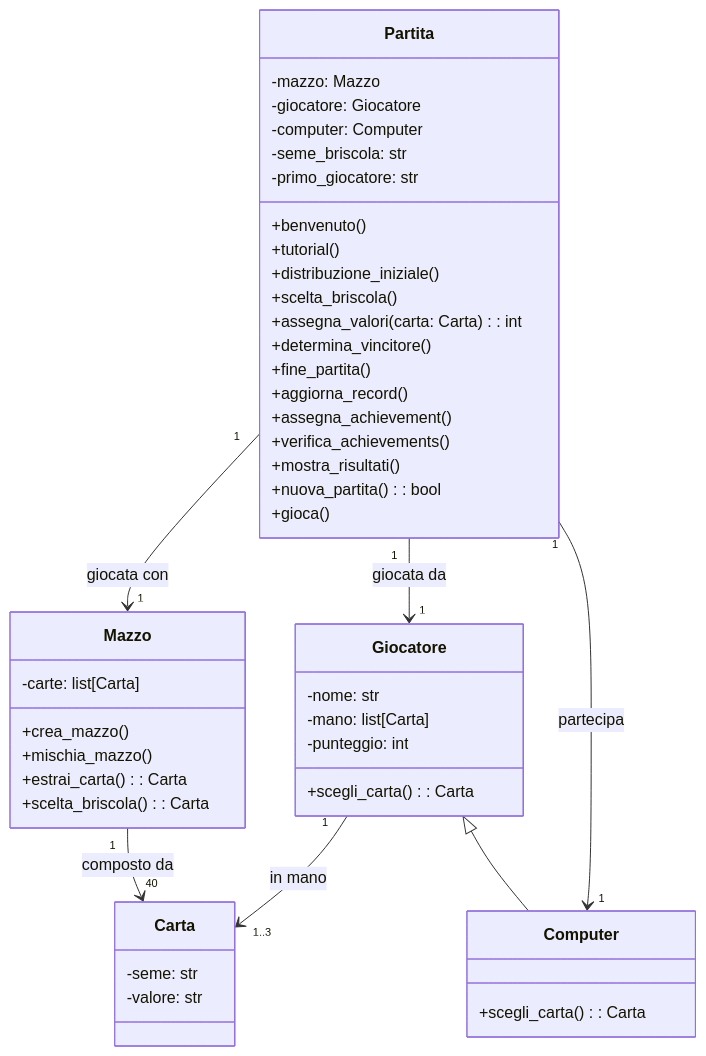
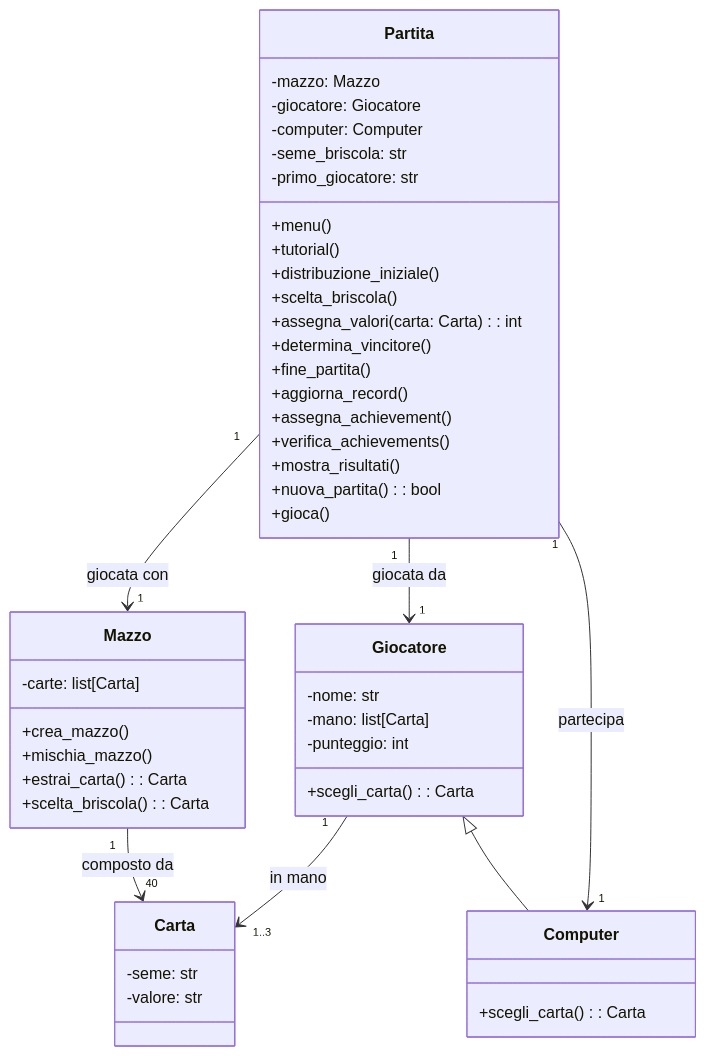
Before and after one commit to LucaBernardinii/progetto_di_natale: the diagram in uml.md, drawn with Mermaid. The commit also changed 1 other file, not shown here.

Commit message:
added a menu and fixed bugs

````diff
--- a/uml.md
+++ b/uml.md
@@ -1,54 +1,54 @@
 ```mermaid
 classDiagram
     class Carta {
         -seme: str
         -valore: str
     }
 
     class Mazzo {
         -carte: list[Carta]
         +crea_mazzo()
         +mischia_mazzo()
         +estrai_carta(): Carta
         +scelta_briscola(): Carta
     }
 
     class Giocatore {
         -nome: str
         -mano: list[Carta]
         -punteggio: int
         +scegli_carta(): Carta
     }
 
     class Computer {
         +scegli_carta(): Carta
     }
 
     class Partita {
         -mazzo: Mazzo
         -giocatore: Giocatore
         -computer: Computer
         -seme_briscola: str
         -primo_giocatore: str
-        +benvenuto()
+        +menu()
         +tutorial()
         +distribuzione_iniziale()
         +scelta_briscola()
         +assegna_valori(carta: Carta): int
         +determina_vincitore()
         +fine_partita()
         +aggiorna_record()
         +assegna_achievement()
         +verifica_achievements()
         +mostra_risultati()
         +nuova_partita(): bool
         +gioca()
     }
 
     Giocatore <|-- Computer
     Partita "1"--> "1" Mazzo: giocata con
     Partita "1"--> "1" Giocatore: giocata da
     Partita "1"--> "1" Computer: partecipa
     Mazzo "1"--> "40" Carta: composto da
     Giocatore "1"--> "1..3" Carta: in mano
 ```
````
